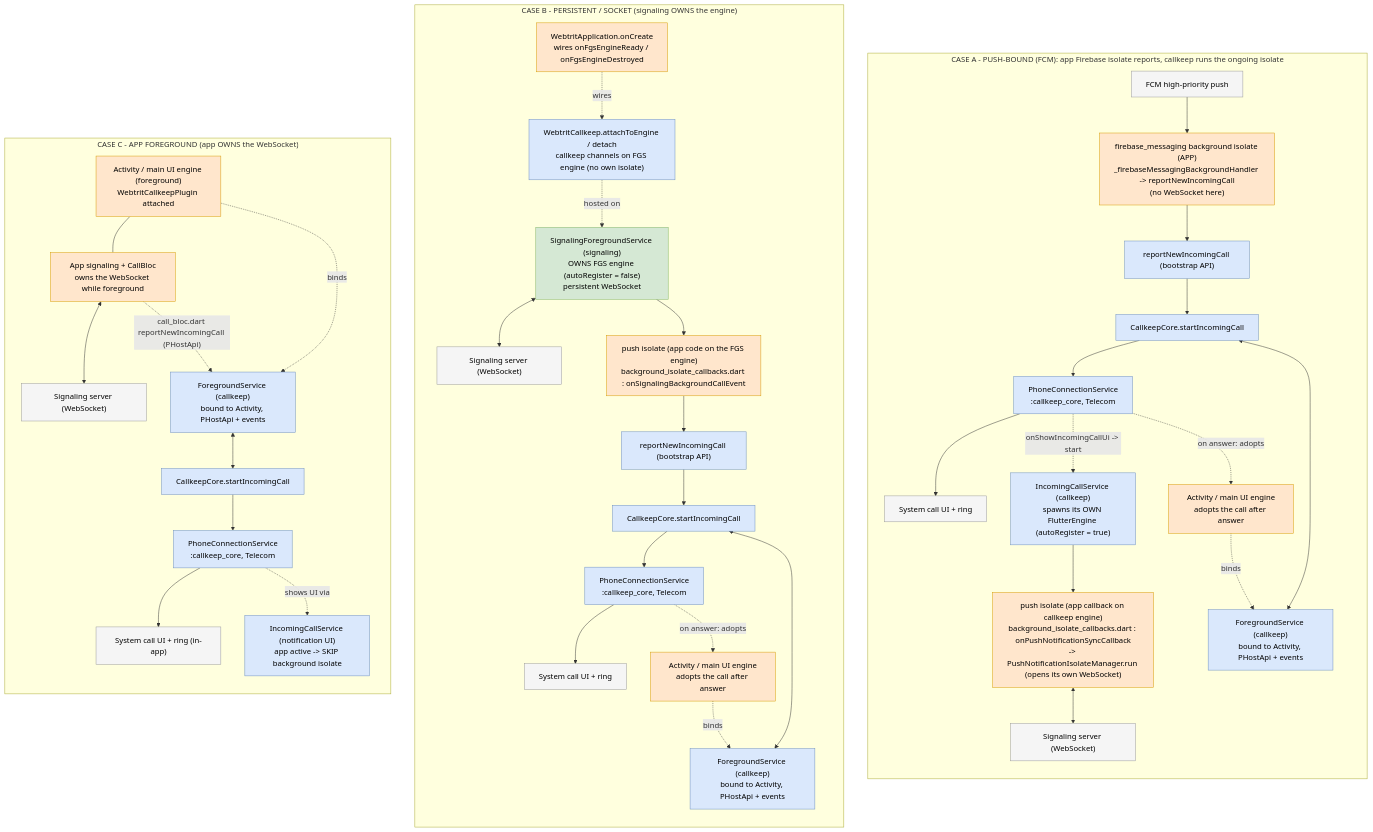
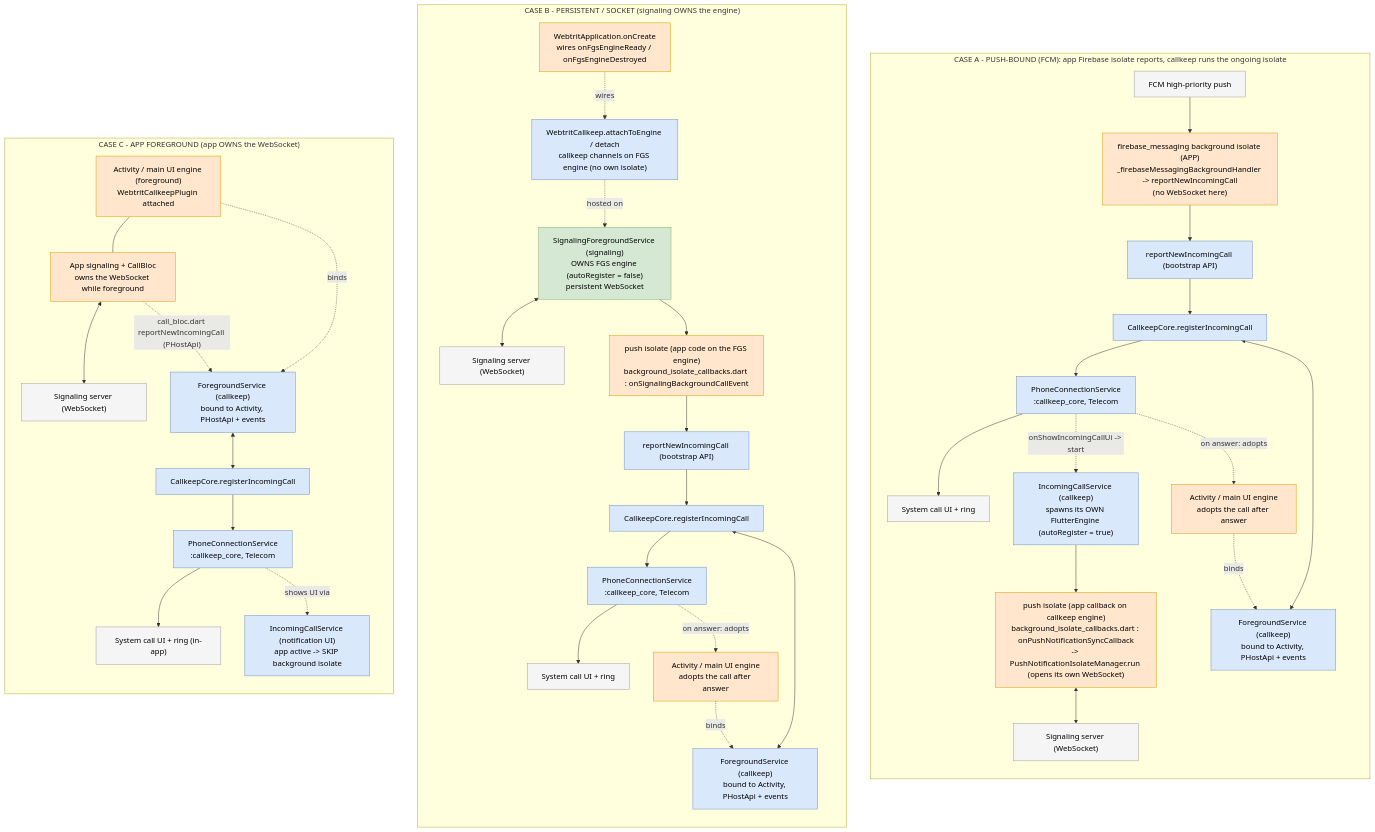
One commit to portaone/porta-phone-mobile-app changed the first of 6 diagrams in phone/docs/incoming_call_scenarios.md. Above: the diagram before and after it, drawn with Mermaid. The commit also changed other lines of this file and 36 other files, not shown here.

````diff
--- a/phone/docs/incoming_call_scenarios.md
+++ b/phone/docs/incoming_call_scenarios.md
@@ -19,73 +19,73 @@
 ```mermaid
 flowchart TB
   classDef ck fill:#dae8fc,stroke:#6c8ebf,color:#000
   classDef sig fill:#d5e8d4,stroke:#82b366,color:#000
   classDef app fill:#ffe6cc,stroke:#d79b00,color:#000
   classDef ext fill:#f5f5f5,stroke:#999999,color:#000
 
   subgraph A["CASE A - PUSH-BOUND (FCM): app Firebase isolate reports, callkeep runs the ongoing isolate"]
     direction TB
     A_FCM["FCM high-priority push"]:::ext
     A_FMISO["firebase_messaging background isolate (APP)<br/>_firebaseMessagingBackgroundHandler -> reportNewIncomingCall<br/>(no WebSocket here)"]:::app
     A_BOOT["reportNewIncomingCall (bootstrap API)"]:::ck
-    A_CKC["CallkeepCore.startIncomingCall"]:::ck
+    A_CKC["CallkeepCore.registerIncomingCall"]:::ck
     A_PCS["PhoneConnectionService<br/>:callkeep_core, Telecom"]:::ck
     A_TEL["System call UI + ring"]:::ext
     A_ICS["IncomingCallService (callkeep)<br/>spawns its OWN FlutterEngine (autoRegister = true)"]:::ck
     A_PISO["push isolate (app callback on callkeep engine)<br/>background_isolate_callbacks.dart : onPushNotificationSyncCallback<br/>-> PushNotificationIsolateManager.run (opens its own WebSocket)"]:::app
     A_WS["Signaling server (WebSocket)"]:::ext
     A_ACT["Activity / main UI engine<br/>adopts the call after answer"]:::app
     A_FGS["ForegroundService (callkeep)<br/>bound to Activity, PHostApi + events"]:::ck
 
     A_FCM --> A_FMISO --> A_BOOT --> A_CKC --> A_PCS --> A_TEL
     A_PCS -. "onShowIncomingCallUi -> start" .-> A_ICS
     A_ICS --> A_PISO
     A_PISO <--> A_WS
     A_PCS -. "on answer: adopts" .-> A_ACT
     A_ACT -. "binds" .-> A_FGS
     A_FGS <--> A_CKC
   end
 
   subgraph B["CASE B - PERSISTENT / SOCKET (signaling OWNS the engine)"]
     direction TB
     B_WApp["WebtritApplication.onCreate<br/>wires onFgsEngineReady / onFgsEngineDestroyed"]:::app
     B_ATT["WebtritCallkeep.attachToEngine / detach<br/>callkeep channels on FGS engine (no own isolate)"]:::ck
     B_SFGS["SignalingForegroundService (signaling)<br/>OWNS FGS engine (autoRegister = false)<br/>persistent WebSocket"]:::sig
     B_SISO["push isolate (app code on the FGS engine)<br/>background_isolate_callbacks.dart : onSignalingBackgroundCallEvent"]:::app
     B_WS["Signaling server (WebSocket)"]:::ext
     B_BOOT["reportNewIncomingCall (bootstrap API)"]:::ck
-    B_CKC["CallkeepCore.startIncomingCall"]:::ck
+    B_CKC["CallkeepCore.registerIncomingCall"]:::ck
     B_PCS["PhoneConnectionService<br/>:callkeep_core, Telecom"]:::ck
     B_TEL["System call UI + ring"]:::ext
     B_ACT["Activity / main UI engine<br/>adopts the call after answer"]:::app
     B_FGS["ForegroundService (callkeep)<br/>bound to Activity, PHostApi + events"]:::ck
 
     B_WApp -. "wires" .-> B_ATT
     B_ATT -. "hosted on" .-> B_SFGS
     B_SFGS <--> B_WS
     B_SFGS --> B_SISO --> B_BOOT --> B_CKC --> B_PCS --> B_TEL
     B_PCS -. "on answer: adopts" .-> B_ACT
     B_ACT -. "binds" .-> B_FGS
     B_FGS <--> B_CKC
   end
 
   subgraph C["CASE C - APP FOREGROUND (app OWNS the WebSocket)"]
     direction TB
     C_ACT["Activity / main UI engine (foreground)<br/>WebtritCallkeepPlugin attached"]:::app
     C_SMOD["App signaling + CallBloc<br/>owns the WebSocket while foreground"]:::app
     C_WS["Signaling server (WebSocket)"]:::ext
     C_FGS["ForegroundService (callkeep)<br/>bound to Activity, PHostApi + events"]:::ck
-    C_CKC["CallkeepCore.startIncomingCall"]:::ck
+    C_CKC["CallkeepCore.registerIncomingCall"]:::ck
     C_PCS["PhoneConnectionService<br/>:callkeep_core, Telecom"]:::ck
     C_ICS["IncomingCallService (notification UI)<br/>app active -> SKIP background isolate"]:::ck
     C_TEL["System call UI + ring (in-app)"]:::ext
 
     C_ACT --- C_SMOD
     C_SMOD <--> C_WS
     C_ACT -. "binds" .-> C_FGS
     C_SMOD -. "call_bloc.dart reportNewIncomingCall (PHostApi)" .-> C_FGS
     C_FGS <--> C_CKC
     C_CKC --> C_PCS --> C_TEL
     C_PCS -. "shows UI via" .-> C_ICS
   end
 ```
````
